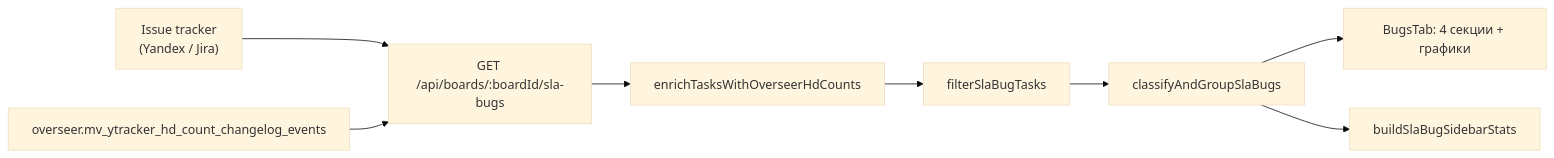
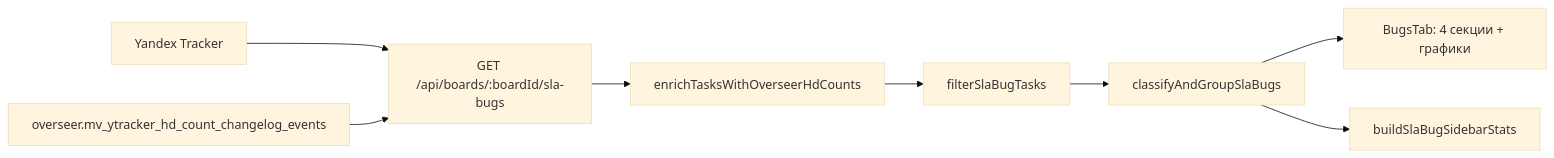
Before and after one commit to Dinkimom/beer-tracker: the diagram in docs/SLA_BUGS_TAB.md, drawn with Mermaid (base theme). The commit also changed other lines of this file and 29 other files, not shown here.

````diff
--- a/docs/SLA_BUGS_TAB.md
+++ b/docs/SLA_BUGS_TAB.md
@@ -25,10 +27,10 @@
 ```mermaid
 flowchart LR
-  Tracker["Issue tracker\n(Yandex / Jira)"] --> API["GET /api/boards/:boardId/sla-bugs"]
+  Tracker["Yandex Tracker"] --> API["GET /api/boards/:boardId/sla-bugs"]
   Overseer["overseer.mv_ytracker_hd_count_changelog_events"] --> API
   API --> Enrich["enrichTasksWithOverseerHdCounts"]
   Enrich --> Filter["filterSlaBugTasks"]
   Filter --> Classify["classifyAndGroupSlaBugs"]
   Classify --> UI["BugsTab: 4 секции + графики"]
   Classify --> Stats["buildSlaBugSidebarStats"]
 ```
````
